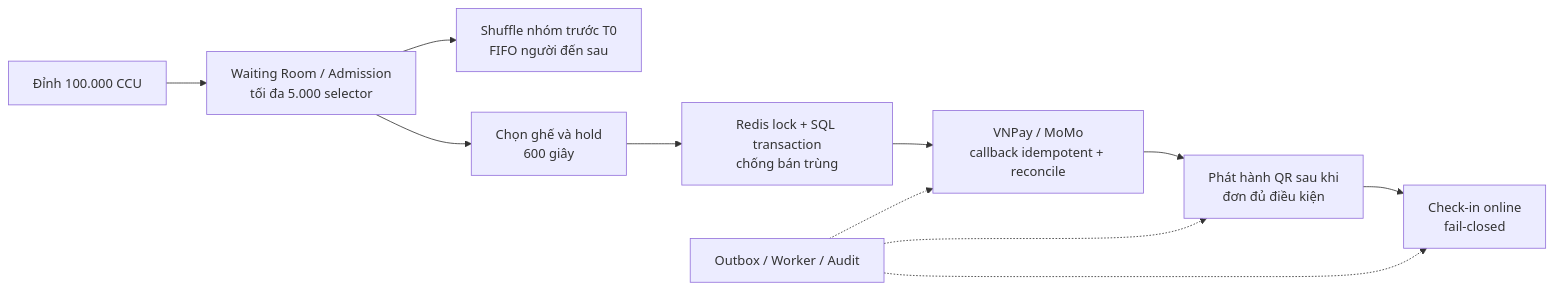
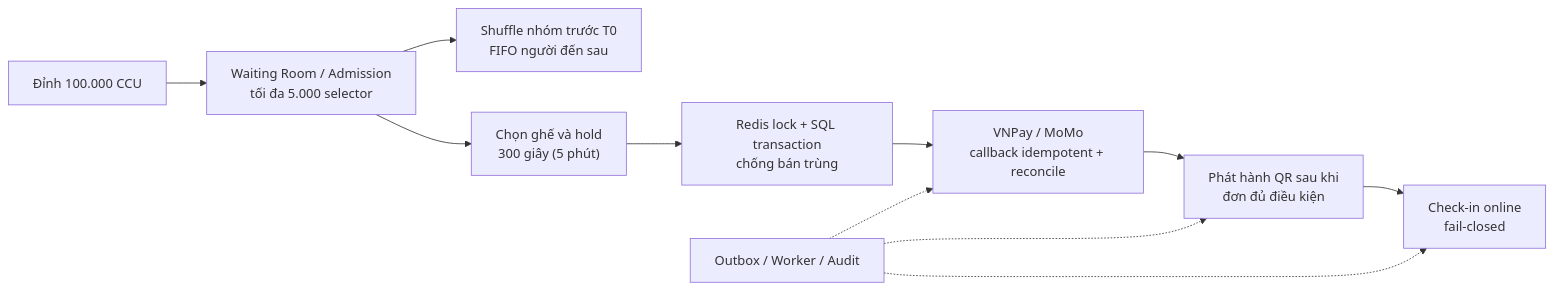
One commit to toanteng11/concert-ticketing-docs changed the first of 20 diagrams in business-analysis/System_Design_Presentation.md. Above: the diagram before and after it, drawn with Mermaid. The commit also changed other lines of this file and 43 other files, not shown here.

````diff
--- a/business-analysis/System_Design_Presentation.md
+++ b/business-analysis/System_Design_Presentation.md
@@ -71,13 +71,13 @@
-~~~mermaid
+```mermaid
 flowchart LR
   surge["Đỉnh 100.000 CCU"] --> admission["Waiting Room / Admission<br/>tối đa 5.000 selector"]
   admission --> fairness["Shuffle nhóm trước T0<br/>FIFO người đến sau"]
-  admission --> seat["Chọn ghế và hold<br/>600 giây"]
+  admission --> seat["Chọn ghế và hold<br/>300 giây (5 phút)"]
   seat --> integrity["Redis lock + SQL transaction<br/>chống bán trùng"]
   integrity --> payment["VNPay / MoMo<br/>callback idempotent + reconcile"]
   payment --> ticket["Phát hành QR sau khi<br/>đơn đủ điều kiện"]
   ticket --> gate["Check-in online<br/>fail-closed"]
   ops["Outbox / Worker / Audit"] -.-> payment
   ops -.-> ticket
   ops -.-> gate
-~~~
+```
````
